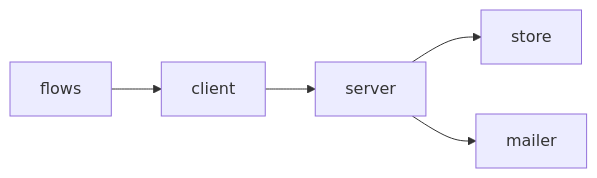
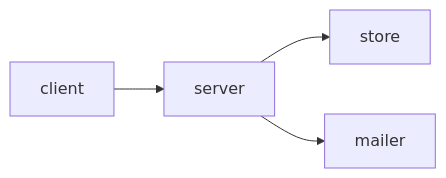
Before and after one commit to mew-ton/hozo: the eighth of 9 diagrams in README.ja.md, drawn with Mermaid. The commit also changed other lines of this file and 3 other files, not shown here.

First line of the commit message:
README: 折りたたみのコードを、図から分かる範囲だけにする（決定 493）

````diff
--- a/README.ja.md
+++ b/README.ja.md
@@ -306,7 +319,6 @@
 ```mermaid
 flowchart LR
-  flows --> client
   client --> server
   server --> store
   server --> mailer
 ```
````
